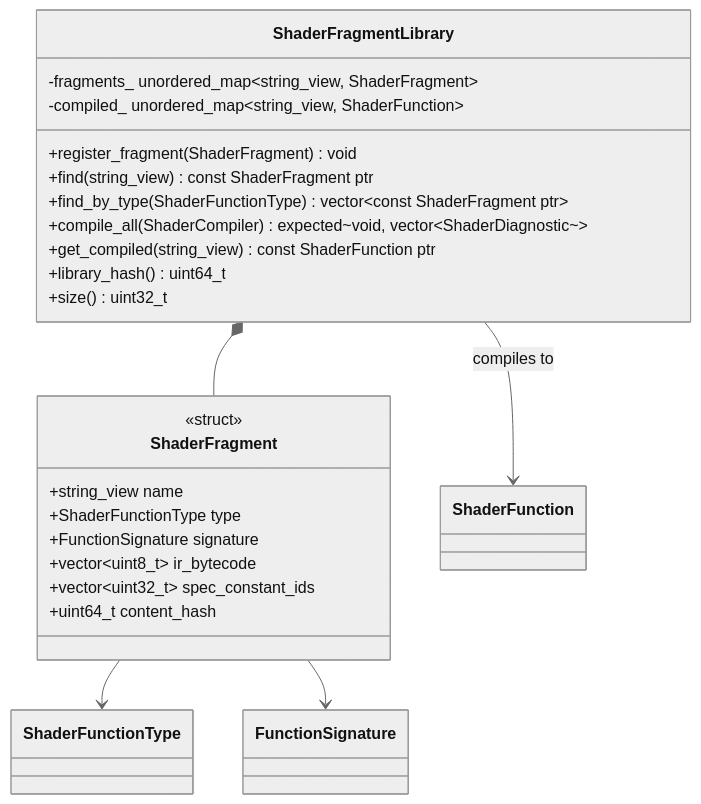
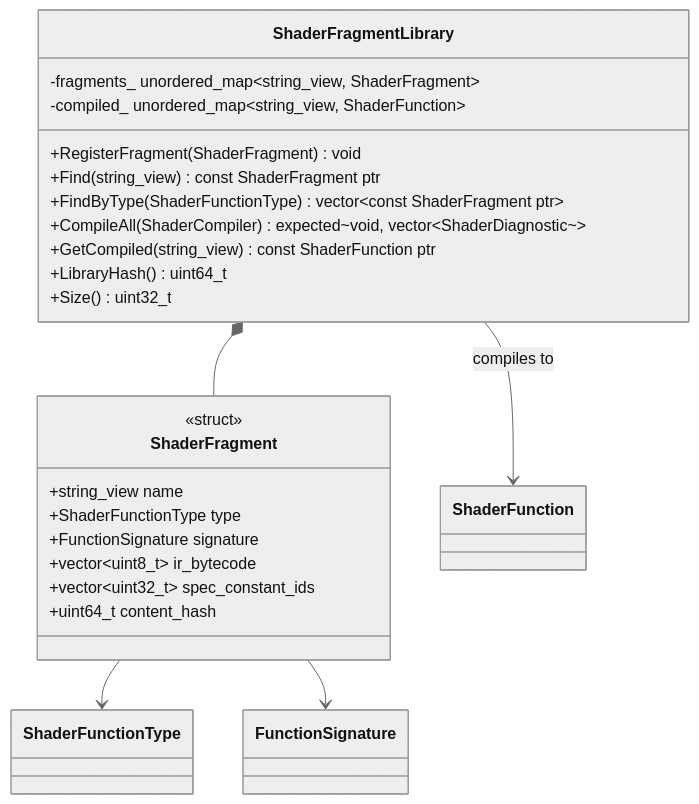
The sixth of 16 diagrams in docs/design/shader-pipeline-classes.md (harmonius-dev/harmonius), drawn with Mermaid (neutral theme) before and after one commit. The commit also changed other lines of this file and 67 other files, not shown here.

````diff
--- a/docs/design/shader-pipeline-classes.md
+++ b/docs/design/shader-pipeline-classes.md
@@ -301,28 +301,28 @@
 ```mermaid
 classDiagram
     class ShaderFragment {
         <<struct>>
         +string_view name
         +ShaderFunctionType type
         +FunctionSignature signature
         +vector~uint8_t~ ir_bytecode
         +vector~uint32_t~ spec_constant_ids
         +uint64_t content_hash
     }
     class ShaderFragmentLibrary {
-        +register_fragment(ShaderFragment) void
-        +find(string_view) const ShaderFragment ptr
-        +find_by_type(ShaderFunctionType) vector~const ShaderFragment ptr~
-        +compile_all(ShaderCompiler) expected~void, vector~ShaderDiagnostic~~
-        +get_compiled(string_view) const ShaderFunction ptr
-        +library_hash() uint64_t
-        +size() uint32_t
+        +RegisterFragment(ShaderFragment) void
+        +Find(string_view) const ShaderFragment ptr
+        +FindByType(ShaderFunctionType) vector~const ShaderFragment ptr~
+        +CompileAll(ShaderCompiler) expected~void, vector~ShaderDiagnostic~~
+        +GetCompiled(string_view) const ShaderFunction ptr
+        +LibraryHash() uint64_t
+        +Size() uint32_t
         -fragments_ unordered_map~string_view, ShaderFragment~
         -compiled_ unordered_map~string_view, ShaderFunction~
     }
 
     ShaderFragmentLibrary *-- ShaderFragment
     ShaderFragmentLibrary --> ShaderFunction : compiles to
     ShaderFragment --> ShaderFunctionType
     ShaderFragment --> FunctionSignature
 ```
````
